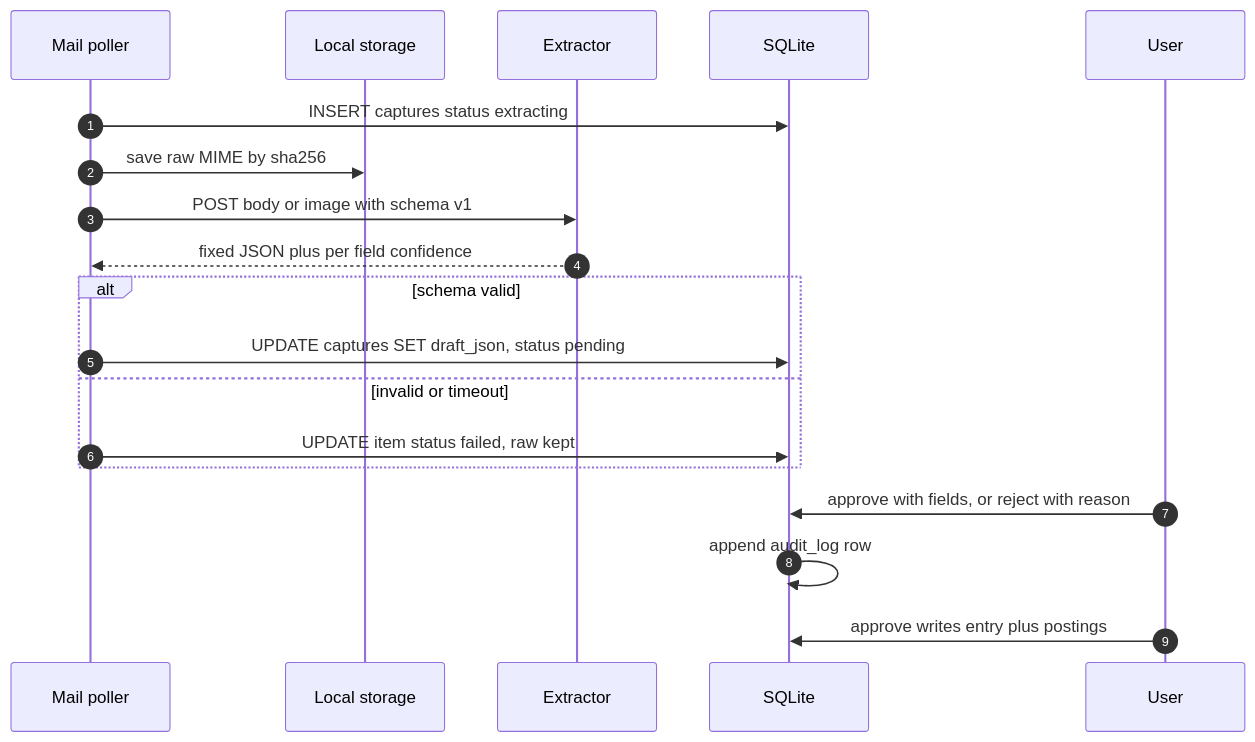
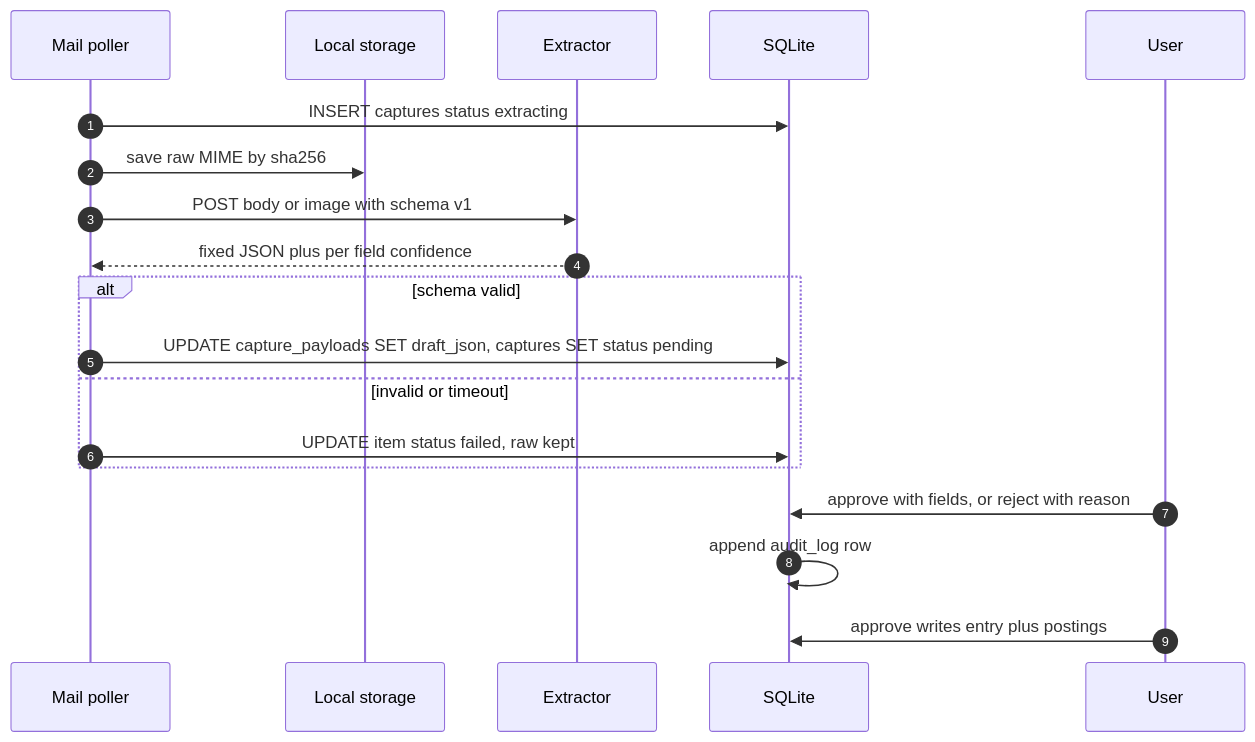
Before and after one commit to dimasbaguspm/spenicle: the first of 2 diagrams in docs/v2-design.md, drawn with Mermaid. The commit also changed other lines of this file and 10 other files, not shown here.

Commit message:
docs: describe the consolidated schema

````diff
--- a/docs/v2-design.md
+++ b/docs/v2-design.md
@@ -200,21 +200,21 @@
 ```mermaid
 sequenceDiagram
     autonumber
     participant M as Mail poller
     participant ST as Local storage
     participant X as Extractor
     participant DB as SQLite
     participant U as User
     M->>DB: INSERT captures status extracting
     M->>ST: save raw MIME by sha256
     M->>X: POST body or image with schema v1
     X-->>M: fixed JSON plus per field confidence
     alt schema valid
-        M->>DB: UPDATE captures SET draft_json, status pending
+        M->>DB: UPDATE capture_payloads SET draft_json, captures SET status pending
     else invalid or timeout
         M->>DB: UPDATE item status failed, raw kept
     end
     U->>DB: approve with fields, or reject with reason
     DB->>DB: append audit_log row
     U->>DB: approve writes entry plus postings
 ```
````
